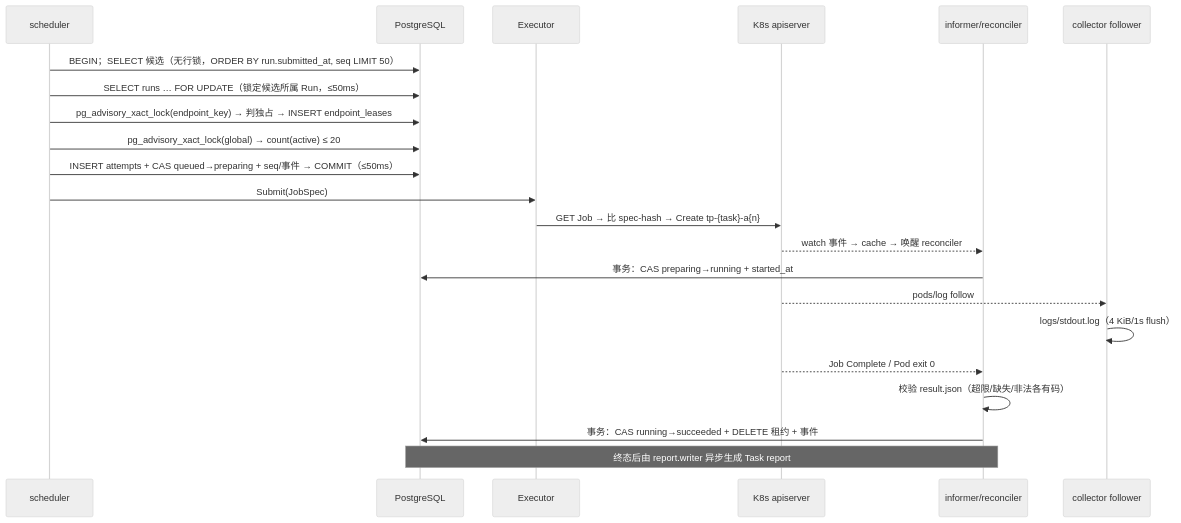
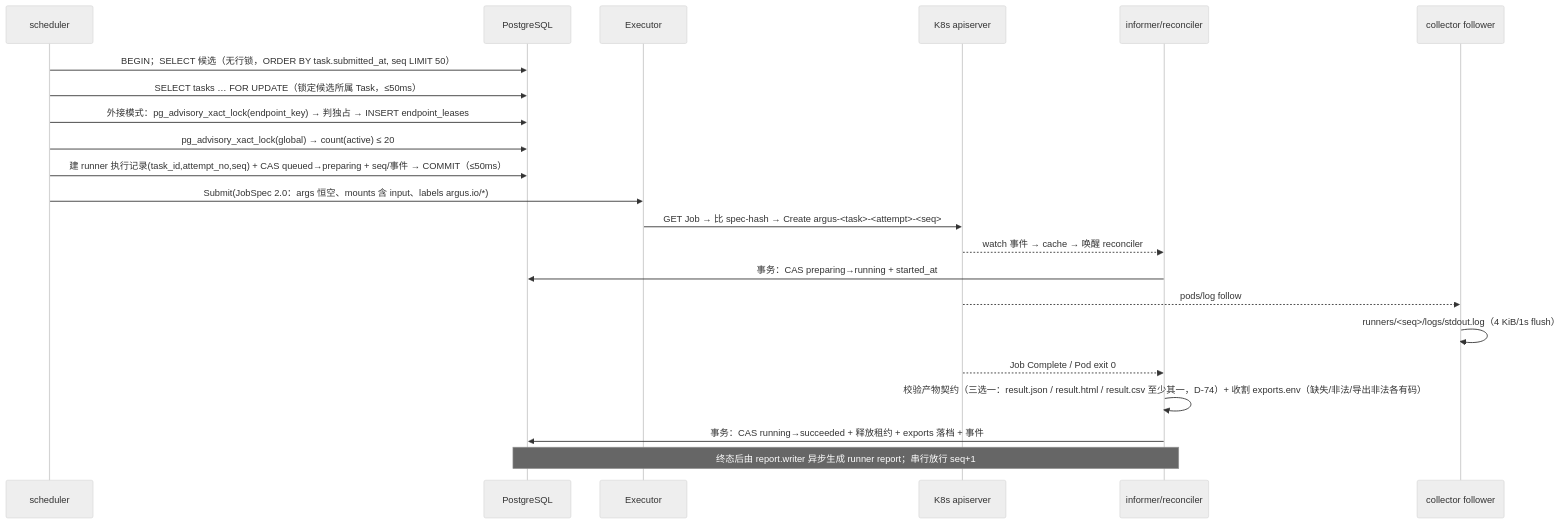
One commit to ucm-system/testplane changed the third of 4 diagrams in design/views/04-process-view.md. Above: the diagram before and after it, drawn with Mermaid (neutral theme). The commit also changed other lines of this file and 471 other files, not shown here.

First line of the commit message:
Argus v2：平台更名与 Runner 化改造（规约 → 文档 → 契约 → 代码） (#94)

````diff
--- a/design/views/04-process-view.md
+++ b/design/views/04-process-view.md
@@ -147,24 +149,24 @@
 ```mermaid
 sequenceDiagram
   participant S as scheduler
   participant DB as PostgreSQL
   participant E as Executor
   participant X as K8s apiserver
   participant I as informer/reconciler
   participant F as collector follower
-  S->>DB: BEGIN；SELECT 候选（无行锁，ORDER BY run.submitted_at, seq LIMIT 50）
-  S->>DB: SELECT runs … FOR UPDATE（锁定候选所属 Run，≤50ms）
-  S->>DB: pg_advisory_xact_lock(endpoint_key) → 判独占 → INSERT endpoint_leases
+  S->>DB: BEGIN；SELECT 候选（无行锁，ORDER BY task.submitted_at, seq LIMIT 50）
+  S->>DB: SELECT tasks … FOR UPDATE（锁定候选所属 Task，≤50ms）
+  S->>DB: 外接模式：pg_advisory_xact_lock(endpoint_key) → 判独占 → INSERT endpoint_leases
   S->>DB: pg_advisory_xact_lock(global) → count(active) ≤ 20
-  S->>DB: INSERT attempts + CAS queued→preparing + seq/事件 → COMMIT（≤50ms）
-  S->>E: Submit(JobSpec)
-  E->>X: GET Job → 比 spec-hash → Create tp-{task}-a{n}
+  S->>DB: 建 runner 执行记录(task_id,attempt_no,seq) + CAS queued→preparing + seq/事件 → COMMIT（≤50ms）
+  S->>E: Submit(JobSpec 2.0：args 恒空、mounts 含 input、labels argus.io/*)
+  E->>X: GET Job → 比 spec-hash → Create argus-<task>-<attempt>-<seq>
   X-->>I: watch 事件 → cache → 唤醒 reconciler
   I->>DB: 事务：CAS preparing→running + started_at
   X-->>F: pods/log follow
-  F->>F: logs/stdout.log（4 KiB/1s flush）
+  F->>F: runners/<seq>/logs/stdout.log（4 KiB/1s flush）
   X-->>I: Job Complete / Pod exit 0
-  I->>I: 校验 result.json（超限/缺失/非法各有码）
-  I->>DB: 事务：CAS running→succeeded + DELETE 租约 + 事件
-  Note over I,DB: 终态后由 report.writer 异步生成 Task report
+  I->>I: 校验产物契约（三选一：result.json / result.html / result.csv 至少其一，D-74）+ 收割 exports.env（缺失/非法/导出非法各有码）
+  I->>DB: 事务：CAS running→succeeded + 释放租约 + exports 落档 + 事件
+  Note over I,DB: 终态后由 report.writer 异步生成 runner report；串行放行 seq+1
 ```
````
